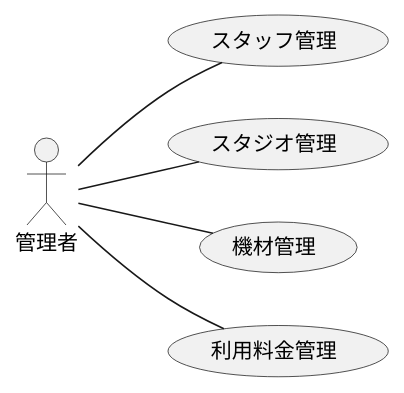
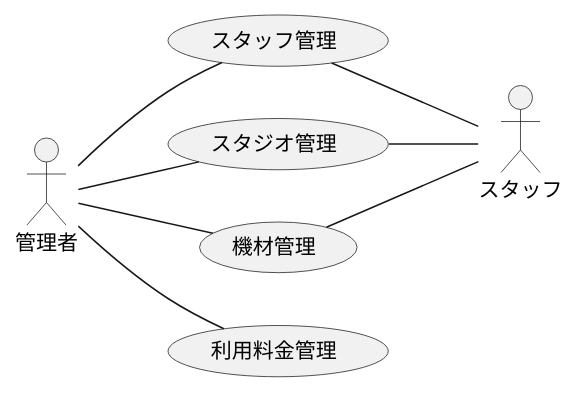
Before and after one commit to TakashiOnawa/ddd-practice-studio-reservation: the diagram in modeling/04_BusinessUsecase_設備管理.pu, drawn with PlantUML. The commit also changed 33 other files, not shown here.

```diff
--- a/modeling/04_BusinessUsecase_設備管理.pu
+++ b/modeling/04_BusinessUsecase_設備管理.pu
@@ -1,12 +1,18 @@
 @startuml BusinessUsecase
 
 left to right direction
 
 actor 管理者
 
 管理者 -- (スタッフ管理)
+(スタッフ管理) -- スタッフ
+
 管理者 -- (スタジオ管理)
+(スタジオ管理) -- スタッフ
+
 管理者 -- (機材管理)
+(機材管理) -- スタッフ
+
 管理者 -- (利用料金管理)
 
 @enduml
```
